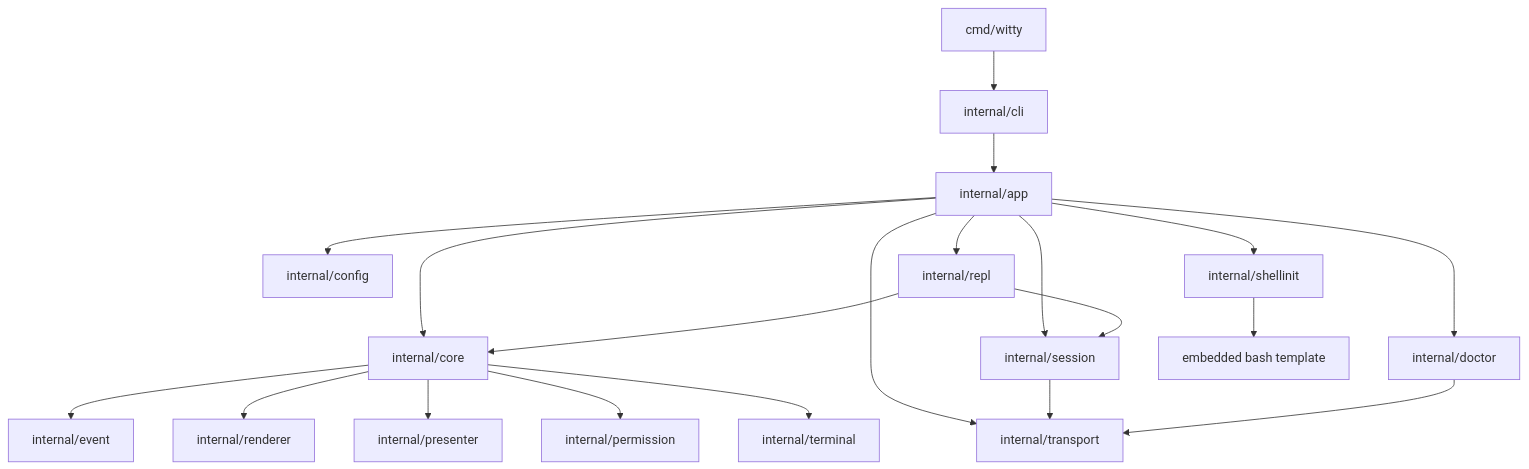
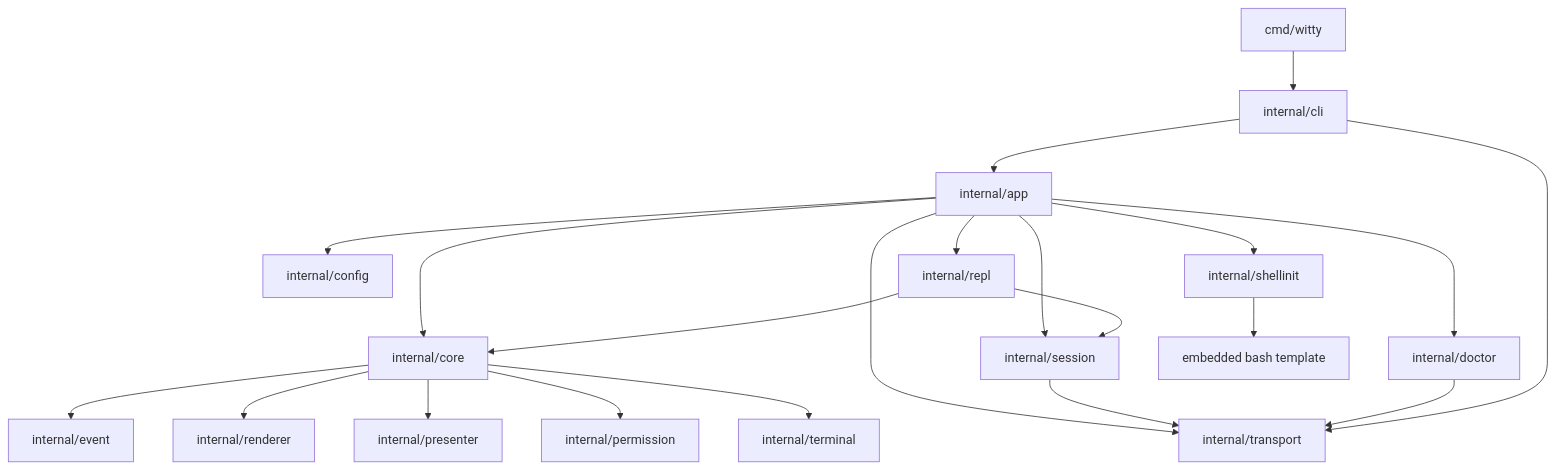
Before and after one commit to openeuler-mirror/euler-copilot-shell: the first of 5 diagrams in docs/development/implementation-plan.md, drawn with Mermaid. The commit also changed other lines of this file and 2 other files, not shown here.

````diff
--- a/docs/development/implementation-plan.md
+++ b/docs/development/implementation-plan.md
@@ -206,22 +206,23 @@
 ```mermaid
 graph TD
     A[cmd/witty] --> B[internal/cli]
     B --> C[internal/app]
     C --> D[internal/config]
     C --> E[internal/core]
     C --> F[internal/session]
     C --> G[internal/transport]
     C --> H[internal/repl]
     C --> I[internal/shellinit]
     C --> J[internal/doctor]
     E --> K[internal/event]
     E --> L[internal/renderer]
     E --> M[internal/presenter]
     E --> N[internal/permission]
     E --> O[internal/terminal]
     F --> G
     H --> E
     H --> F
     J --> G
     I --> P[embedded bash template]
+    B --> G
 ```
````
